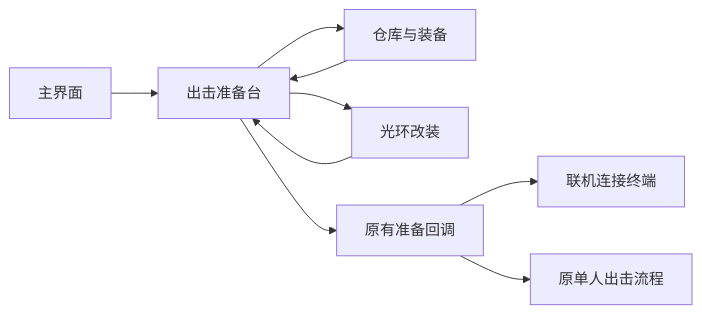
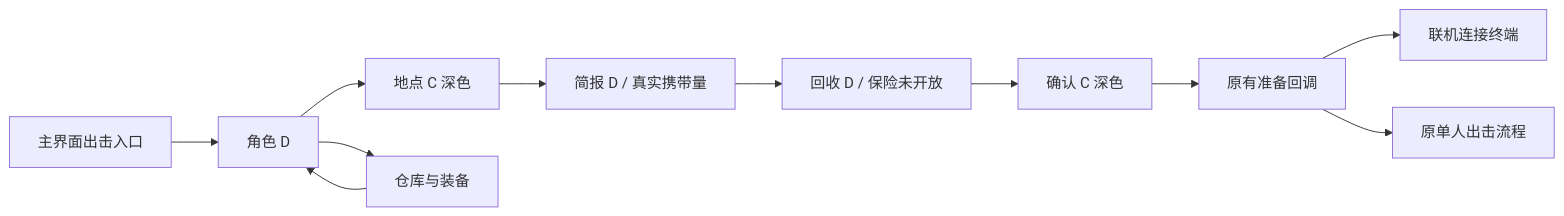
One commit to MorrowHome/Moonkov changed the diagram in Docs/UI/Integration-20261019.md. Above: the diagram before and after it, drawn with Mermaid. The commit also changed other lines of this file and 63 other files, not shown here.

````diff
--- a/Docs/UI/Integration-20261019.md
+++ b/Docs/UI/Integration-20261019.md
@@ -11,11 +11,13 @@
 ```mermaid
 flowchart LR
-    Home[主界面] --> Desk[出击准备台]
-    Desk --> Gear[仓库与装备]
-    Desk --> Halo[光环改装]
-    Gear --> Desk
-    Halo --> Desk
-    Desk --> Confirm[原有准备回调]
-    Confirm --> Online[联机连接终端]
-    Confirm --> Offline[原单人出击流程]
+    Home[主界面出击入口] --> Operator[角色 D]
+    Operator --> Location[地点 C 深色]
+    Location --> Briefing[简报 D / 真实携带量]
+    Briefing --> Recovery[回收 D / 保险未开放]
+    Recovery --> Ready[确认 C 深色]
+    Ready --> Prepare[原有准备回调]
+    Prepare --> Online[联机连接终端]
+    Prepare --> Offline[原单人出击流程]
+    Operator --> Gear[仓库与装备]
+    Gear --> Operator
 ```
````
